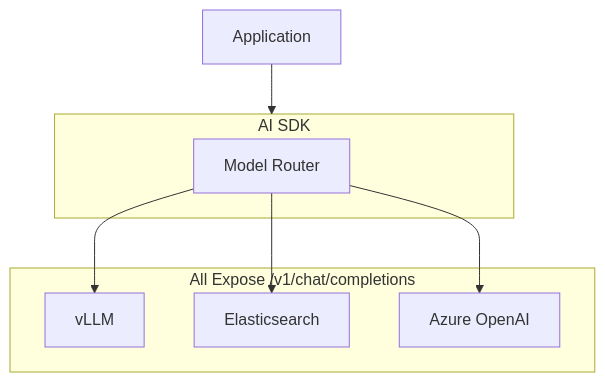
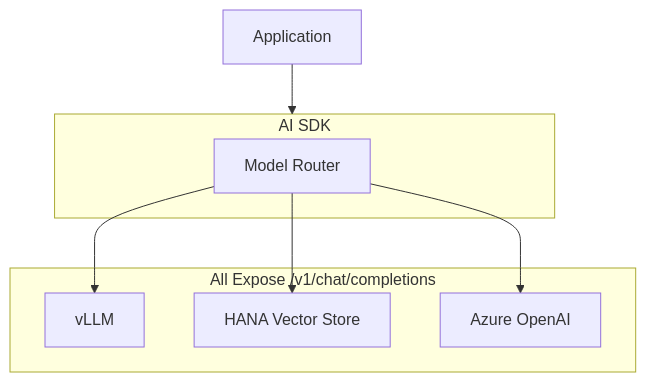
One commit to GJKarthik/sap-oss-v1 changed the second of 7 diagrams in docs/business-briefs/06-architectural-patterns.md. Above: the diagram before and after it, drawn with Mermaid. The commit also changed other lines of this file and 4376 other files, not shown here.

````diff
--- a/docs/business-briefs/06-architectural-patterns.md
+++ b/docs/business-briefs/06-architectural-patterns.md
@@ -48,17 +48,17 @@
 ```mermaid
 flowchart TB
     subgraph SDK["AI SDK"]
         Router["Model Router"]
     end
     
     subgraph Providers["All Expose /v1/chat/completions"]
         VLLM["vLLM"]
-        ES["Elasticsearch"]
+        HVS["HANA Vector Store"]
         Azure["Azure OpenAI"]
     end
     
     App["Application"] --> SDK
     Router --> VLLM
-    Router --> ES
+    Router --> HVS
     Router --> Azure
 ```
````
